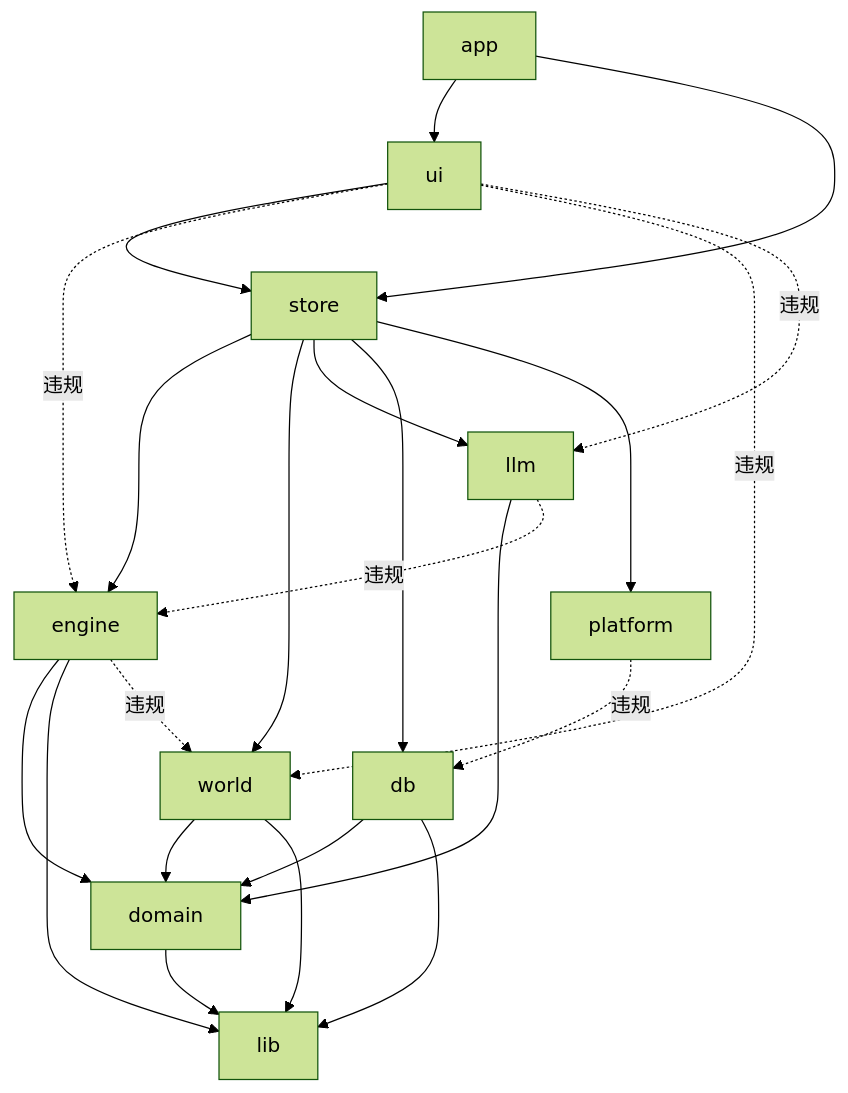
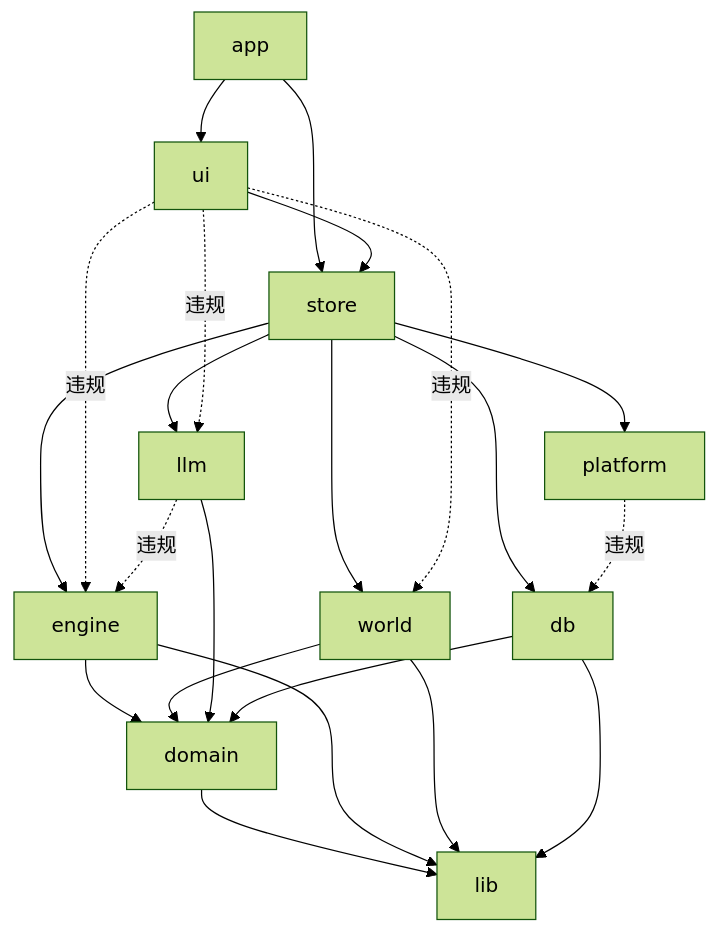
One commit to Roulandu/rpg_life_game changed the second of 4 diagrams in docs/architecture/overview.md. Above: the diagram before and after it, drawn with Mermaid (forest theme). The commit also changed other lines of this file and 25 other files, not shown here.

````diff
--- a/docs/architecture/overview.md
+++ b/docs/architecture/overview.md
@@ -102,25 +102,24 @@
 ```mermaid
 flowchart TD
   APP[app] --> UI[ui]
   APP --> STORE[store]
   UI --> STORE
   STORE --> ENGINE[engine]
   STORE --> WORLD[world]
   STORE --> LLM[llm]
   STORE --> DB[db]
   STORE --> PLATFORM[platform]
   ENGINE --> DOMAIN[domain]
   WORLD --> DOMAIN
   LLM --> DOMAIN
   DB --> DOMAIN
   DOMAIN --> LIB[lib]
   ENGINE --> LIB
   WORLD --> LIB
   DB --> LIB
   UI -.违规.-> ENGINE
   UI -.违规.-> WORLD
   UI -.违规.-> LLM
-  ENGINE -.违规.-> WORLD
   LLM -.违规.-> ENGINE
   PLATFORM -.违规.-> DB
 ```
````
